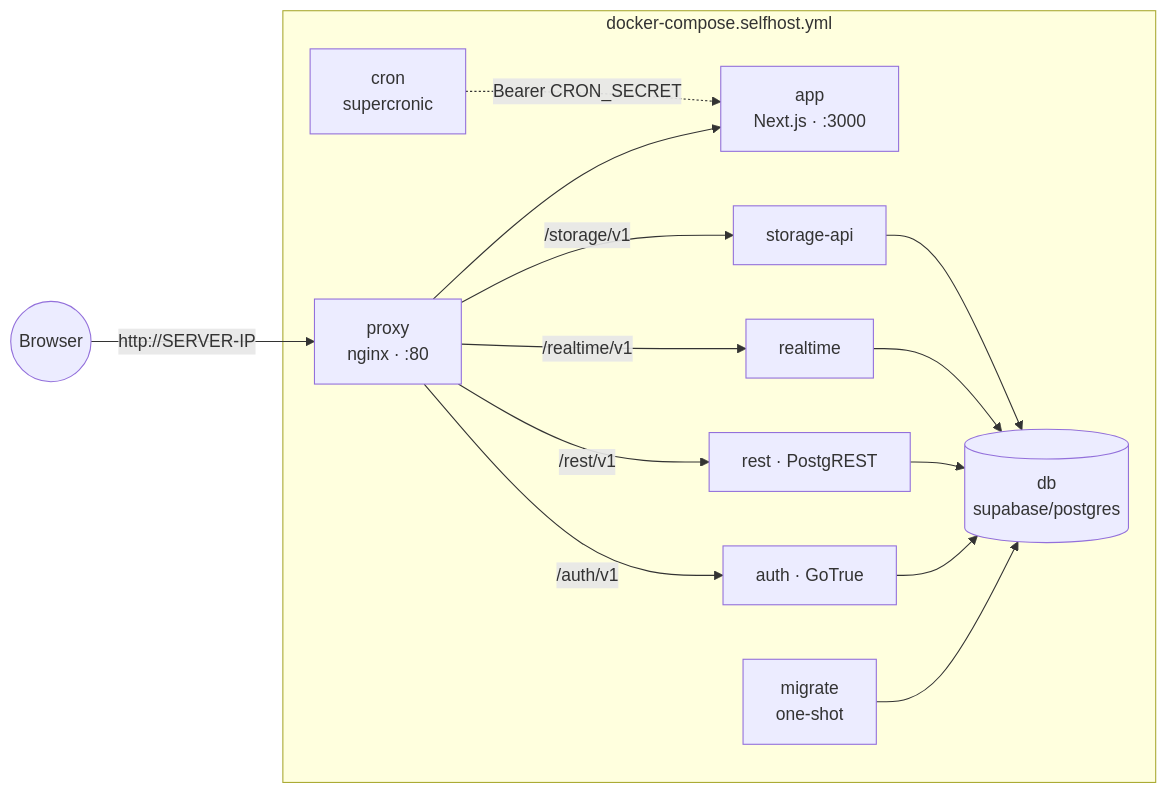
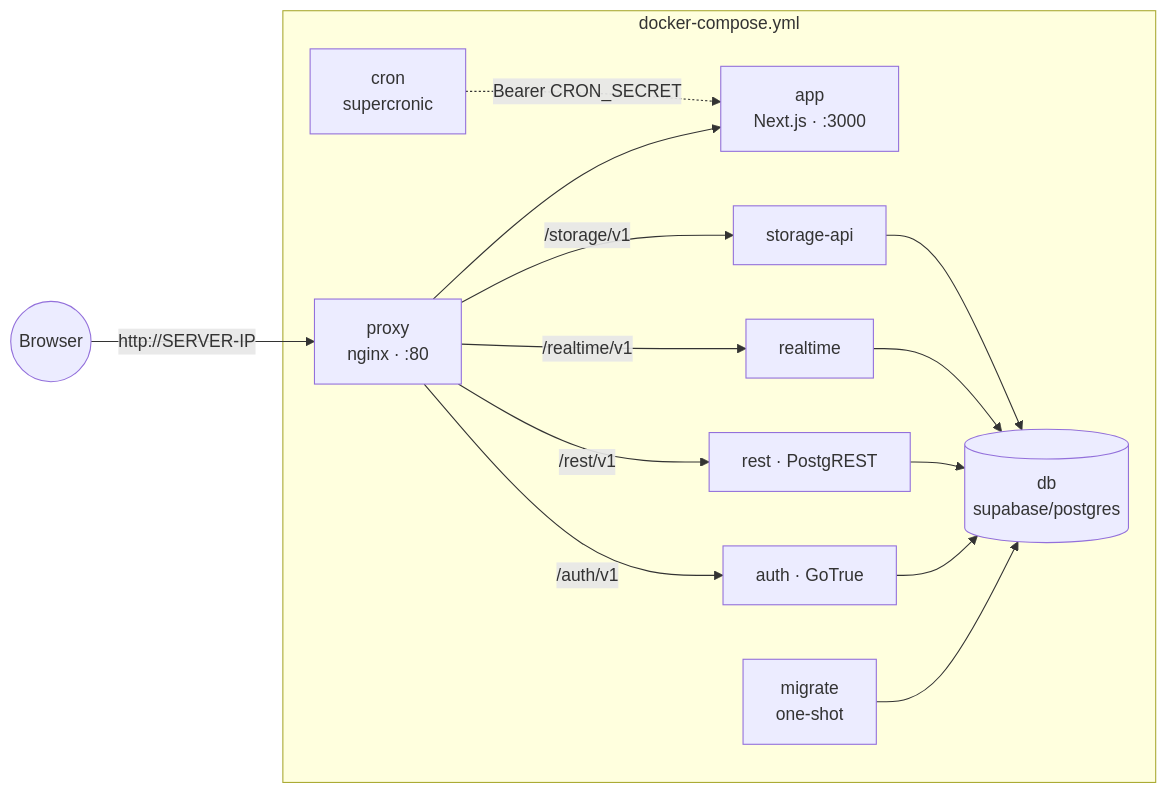
One commit to mews-se/firmabok changed the diagram in docs/SELF-HOSTING.md. Above: the diagram before and after it, drawn with Mermaid. The commit also changed other lines of this file and 5 other files, not shown here.

First line of the commit message:
Rename the compose file to docker-compose.yml

````diff
--- a/docs/SELF-HOSTING.md
+++ b/docs/SELF-HOSTING.md
@@ -12,26 +12,26 @@
 ```mermaid
 flowchart LR
     user((Browser))
     user -- "http://SERVER-IP" --> nginx
 
-    subgraph stack["docker-compose.selfhost.yml"]
+    subgraph stack["docker-compose.yml"]
         nginx["proxy<br/>nginx · :80"]
         app["app<br/>Next.js · :3000"]
         cron["cron<br/>supercronic"]
         migrate["migrate<br/>one-shot"]
         db[("db<br/>supabase/postgres")]
         auth["auth · GoTrue"]
         rest["rest · PostgREST"]
         rt["realtime"]
         storage["storage-api"]
 
         nginx --> app
         nginx -- /auth/v1 --> auth
         nginx -- /rest/v1 --> rest
         nginx -- /realtime/v1 --> rt
         nginx -- /storage/v1 --> storage
         cron -. Bearer CRON_SECRET .-> app
         migrate --> db
         auth & rest & rt & storage --> db
     end
 ```
````
